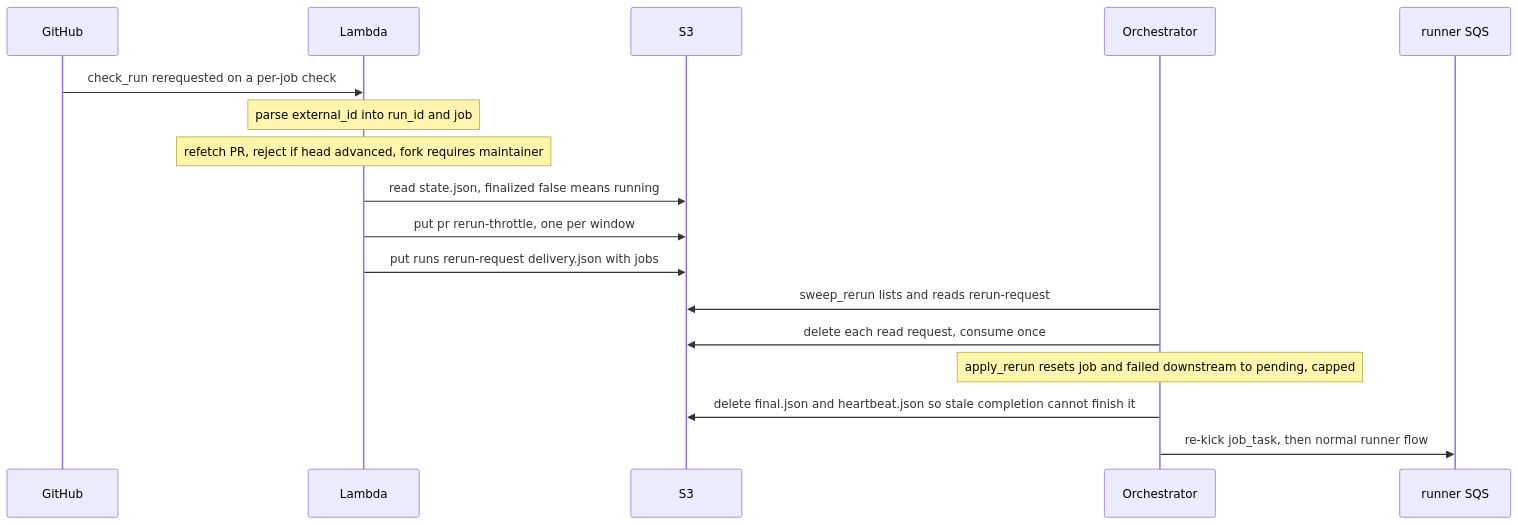
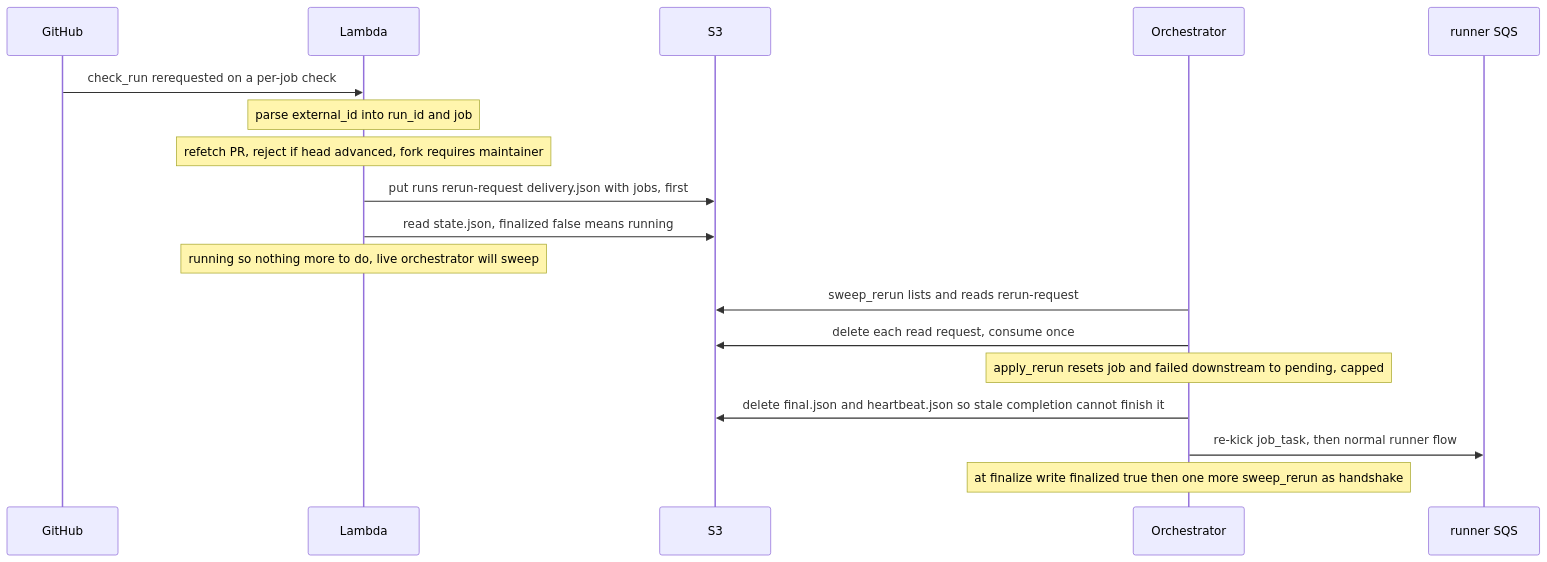
The third of 4 diagrams in praktika/orchestrator/LIFECYCLE.md (ClickHouse/praktika), drawn with Mermaid before and after one commit. The commit also changed other lines of this file and 8 other files, not shown here.

````diff
--- a/praktika/orchestrator/LIFECYCLE.md
+++ b/praktika/orchestrator/LIFECYCLE.md
@@ -115,20 +116,21 @@
 ```mermaid
 sequenceDiagram
     participant GH as GitHub
     participant L as Lambda
     participant S3 as S3
     participant O as Orchestrator
     participant RQ as runner SQS
 
     GH->>L: check_run rerequested on a per-job check
     Note over L: parse external_id into run_id and job
     Note over L: refetch PR, reject if head advanced, fork requires maintainer
+    L->>S3: put runs rerun-request delivery.json with jobs, first
     L->>S3: read state.json, finalized false means running
-    L->>S3: put pr rerun-throttle, one per window
-    L->>S3: put runs rerun-request delivery.json with jobs
+    Note over L: running so nothing more to do, live orchestrator will sweep
     O->>S3: sweep_rerun lists and reads rerun-request
     O->>S3: delete each read request, consume once
     Note over O: apply_rerun resets job and failed downstream to pending, capped
     O->>S3: delete final.json and heartbeat.json so stale completion cannot finish it
     O->>RQ: re-kick job_task, then normal runner flow
+    Note over O: at finalize write finalized true then one more sweep_rerun as handshake
 ```
````
